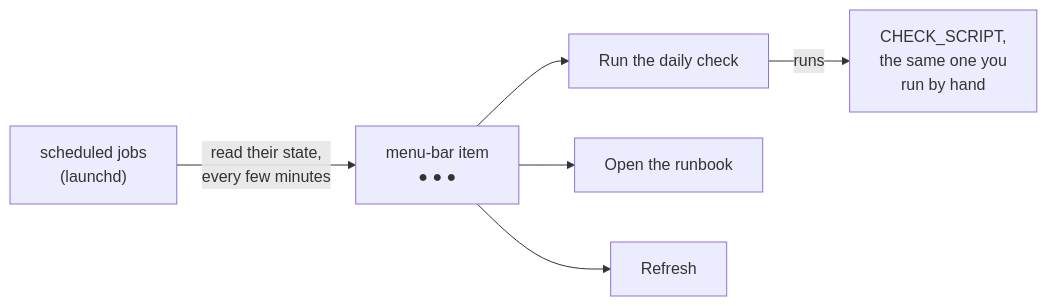
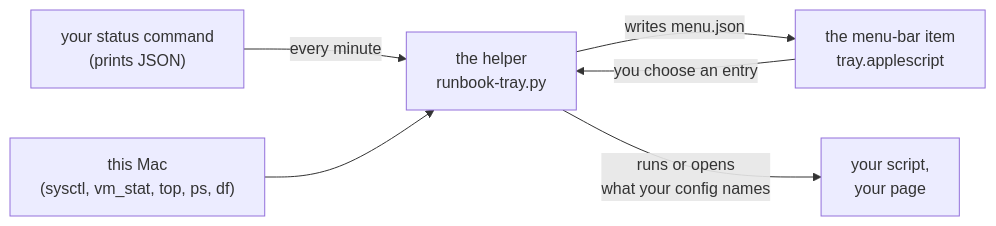
The diagram in tutorials/A-RUNBOOK-TRAY-IN-THE-MENU-BAR.md (drasticstatic/my-template), drawn with Mermaid before and after one commit. The commit also changed other lines of this file and 10 other files, not shown here.

````diff
--- a/tutorials/A-RUNBOOK-TRAY-IN-THE-MENU-BAR.md
+++ b/tutorials/A-RUNBOOK-TRAY-IN-THE-MENU-BAR.md
@@ -52,8 +55,8 @@
 ```mermaid
 flowchart LR
-  J["scheduled jobs<br/>(launchd)"] -->|"read their state,<br/>every few minutes"| T["menu-bar item<br/>● ● ●"]
-  T --> M1["Run the daily check"]
-  T --> M2["Open the runbook"]
-  T --> M3["Refresh"]
-  M1 -->|"runs"| S["CHECK_SCRIPT,<br/>the same one you<br/>run by hand"]
+  S["your status command<br/>(prints JSON)"] -->|"every minute"| H["the helper<br/>runbook-tray.py"]
+  M["this Mac<br/>(sysctl, vm_stat, top, ps, df)"] --> H
+  H -->|"writes menu.json"| T["the menu-bar item<br/>tray.applescript"]
+  T -->|"you choose an entry"| H
+  H -->|"runs or opens<br/>what your config names"| E["your script,<br/>your page"]
 ```
````
